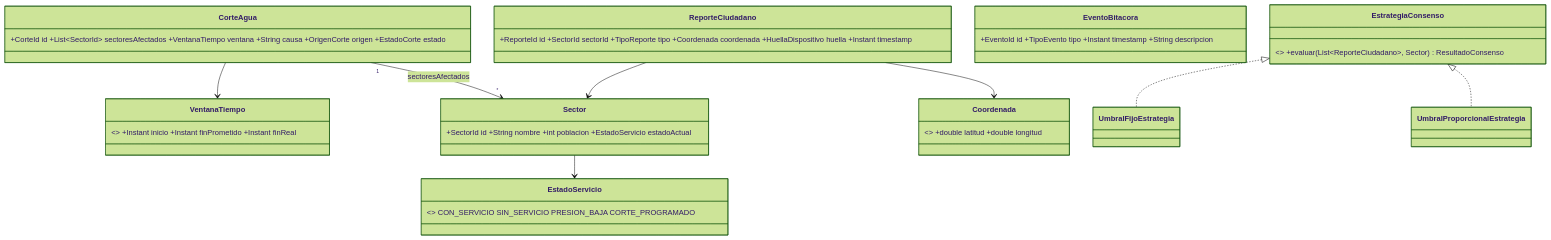
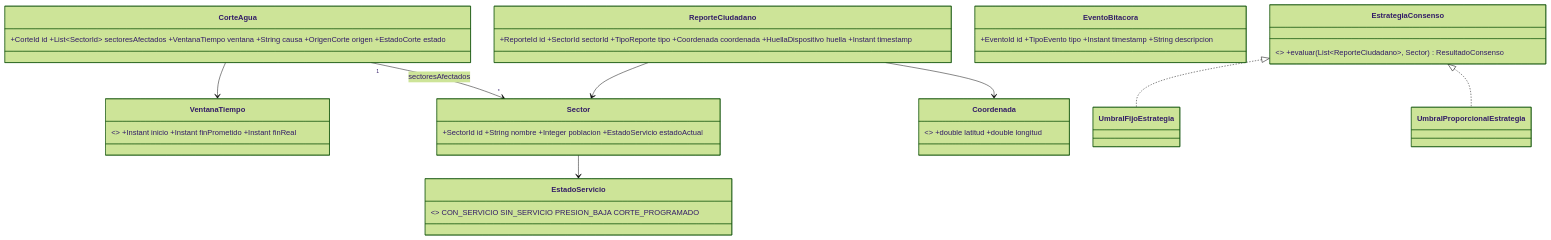
One commit to CarlosBecharaDev/Agua-Vigia-CTG changed the diagram in docs/ingenieria/modelo-de-dominio.md. Above: the diagram before and after it, drawn with Mermaid (forest theme). The commit also changed other lines of this file, not shown here.

First line of the commit message:
docs: decidir que Sector.poblacion es nulable

````diff
--- a/docs/ingenieria/modelo-de-dominio.md
+++ b/docs/ingenieria/modelo-de-dominio.md
@@ -70,23 +81,23 @@
 ```mermaid
 classDiagram
   class Coordenada { <<record>> +double latitud +double longitud }
   class VentanaTiempo { <<record>> +Instant inicio +Instant finPrometido +Instant finReal }
   class EstadoServicio { <<enumeration>> CON_SERVICIO SIN_SERVICIO PRESION_BAJA CORTE_PROGRAMADO }
 
-  class Sector { +SectorId id +String nombre +int poblacion +EstadoServicio estadoActual }
+  class Sector { +SectorId id +String nombre +Integer poblacion +EstadoServicio estadoActual }
   class CorteAgua { +CorteId id +List~SectorId~ sectoresAfectados +VentanaTiempo ventana +String causa +OrigenCorte origen +EstadoCorte estado }
   class ReporteCiudadano { +ReporteId id +SectorId sectorId +TipoReporte tipo +Coordenada coordenada +HuellaDispositivo huella +Instant timestamp }
   class EventoBitacora { +EventoId id +TipoEvento tipo +Instant timestamp +String descripcion }
 
   class EstrategiaConsenso { <<interface>> +evaluar(List~ReporteCiudadano~, Sector) ResultadoConsenso }
   class UmbralFijoEstrategia
   class UmbralProporcionalEstrategia
   EstrategiaConsenso <|.. UmbralFijoEstrategia
   EstrategiaConsenso <|.. UmbralProporcionalEstrategia
 
   CorteAgua --> VentanaTiempo
   CorteAgua "1" --> "*" Sector : sectoresAfectados
   ReporteCiudadano --> Sector
   ReporteCiudadano --> Coordenada
   Sector --> EstadoServicio
 ```
````
